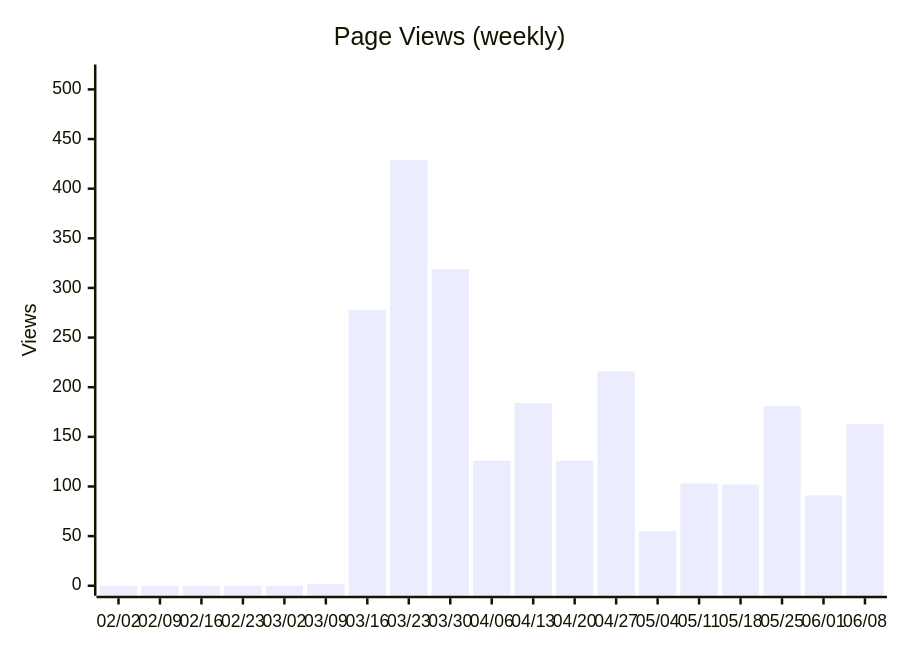
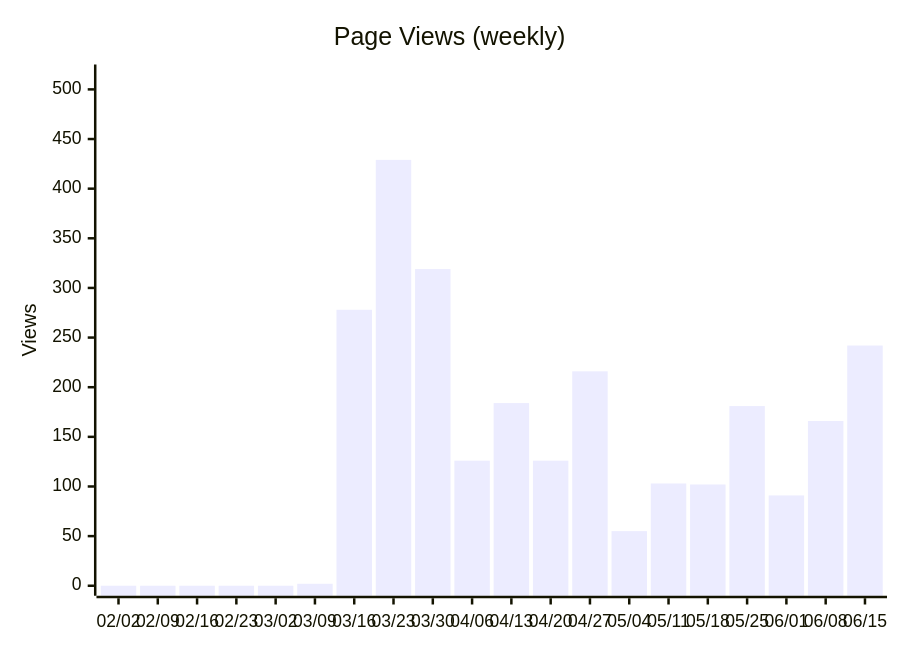
Diagram 12 of 14 in docs/metrics.md (nablarch/nabledge-dev), drawn with Mermaid before and after one commit. The commit also changed other lines of this file and 2 other files, not shown here.

````diff
--- a/docs/metrics.md
+++ b/docs/metrics.md
@@ -161,7 +161,7 @@
 ```mermaid
 xychart-beta
   title "Page Views (weekly)"
-  x-axis ["02/02", "02/09", "02/16", "02/23", "03/02", "03/09", "03/16", "03/23", "03/30", "04/06", "04/13", "04/20", "04/27", "05/04", "05/11", "05/18", "05/25", "06/01", "06/08"]
+  x-axis ["02/02", "02/09", "02/16", "02/23", "03/02", "03/09", "03/16", "03/23", "03/30", "04/06", "04/13", "04/20", "04/27", "05/04", "05/11", "05/18", "05/25", "06/01", "06/08", "06/15"]
   y-axis "Views" 0 --> 515
-  bar [0, 0, 0, 0, 0, 2, 278, 429, 319, 126, 184, 126, 216, 55, 103, 102, 181, 91, 163]
+  bar [0, 0, 0, 0, 0, 2, 278, 429, 319, 126, 184, 126, 216, 55, 103, 102, 181, 91, 166, 242]
 ```
````
